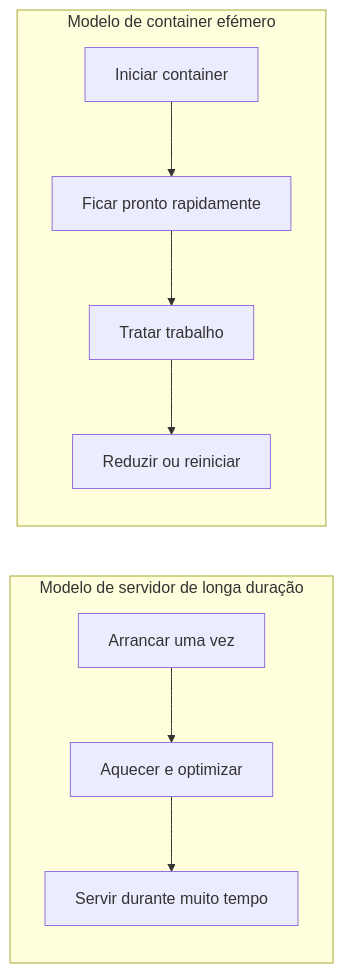
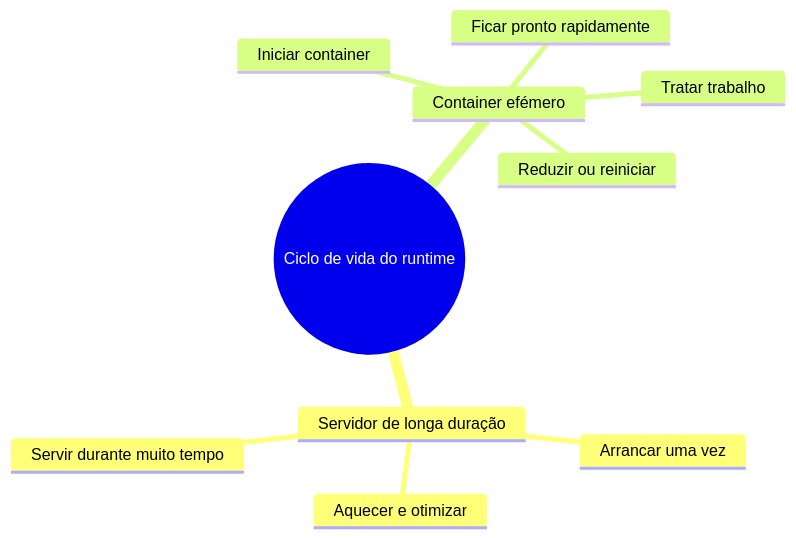
One commit to dyotamo/blog changed the second of 3 diagrams in content/pt/articles/your-language-is-special/index.md. Above: the diagram before and after it, drawn with Mermaid. The commit also changed other lines of this file and 26 other files, not shown here.

````diff
--- a/content/pt/articles/your-language-is-special/index.md
+++ b/content/pt/articles/your-language-is-special/index.md
@@ -58,9 +60,13 @@
 ```mermaid
-flowchart LR
-    subgraph LongLived[Modelo de servidor de longa duração]
-        A1[Arrancar uma vez] --> A2[Aquecer e optimizar] --> A3[Servir durante muito tempo]
-    end
-    subgraph Ephemeral[Modelo de container efémero]
-        B1[Iniciar container] --> B2[Ficar pronto rapidamente] --> B3[Tratar trabalho] --> B4[Reduzir ou reiniciar]
-    end
+mindmap
+  root((Ciclo de vida do runtime))
+    Servidor de longa duração
+      Arrancar uma vez
+      Aquecer e otimizar
+      Servir durante muito tempo
+    Container efémero
+      Iniciar container
+      Ficar pronto rapidamente
+      Tratar trabalho
+      Reduzir ou reiniciar
 ```
````
